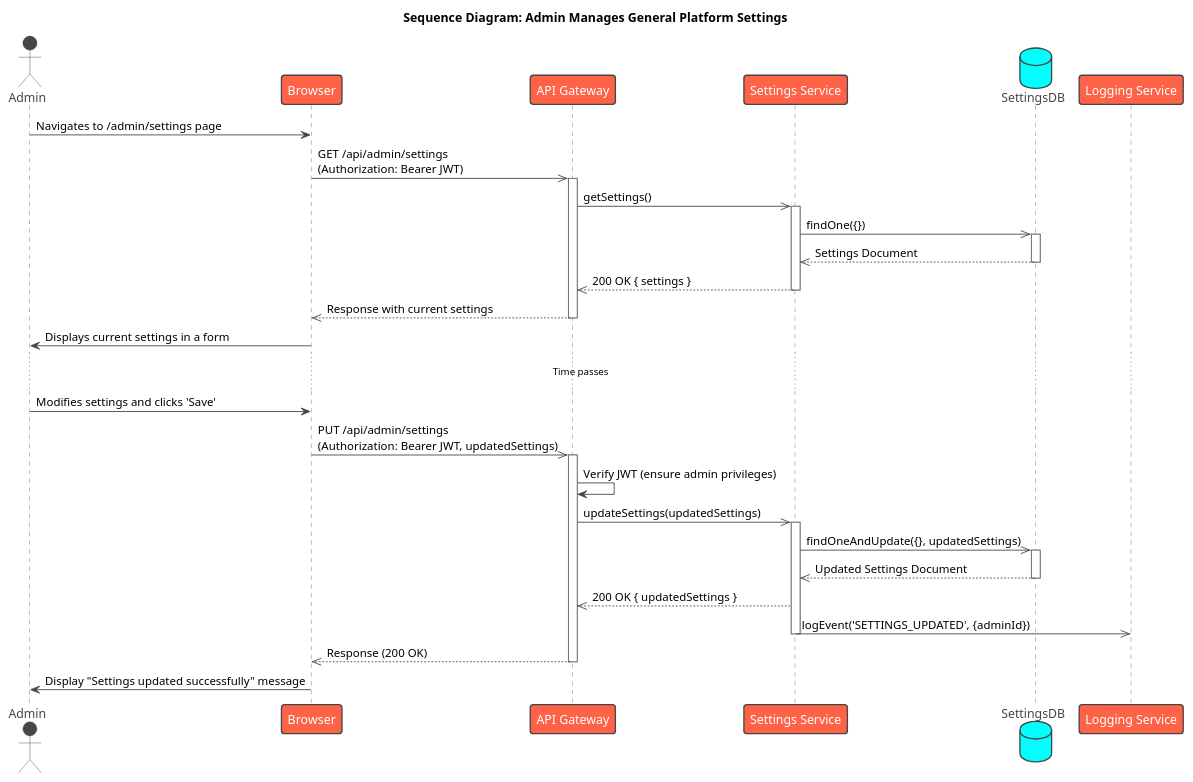
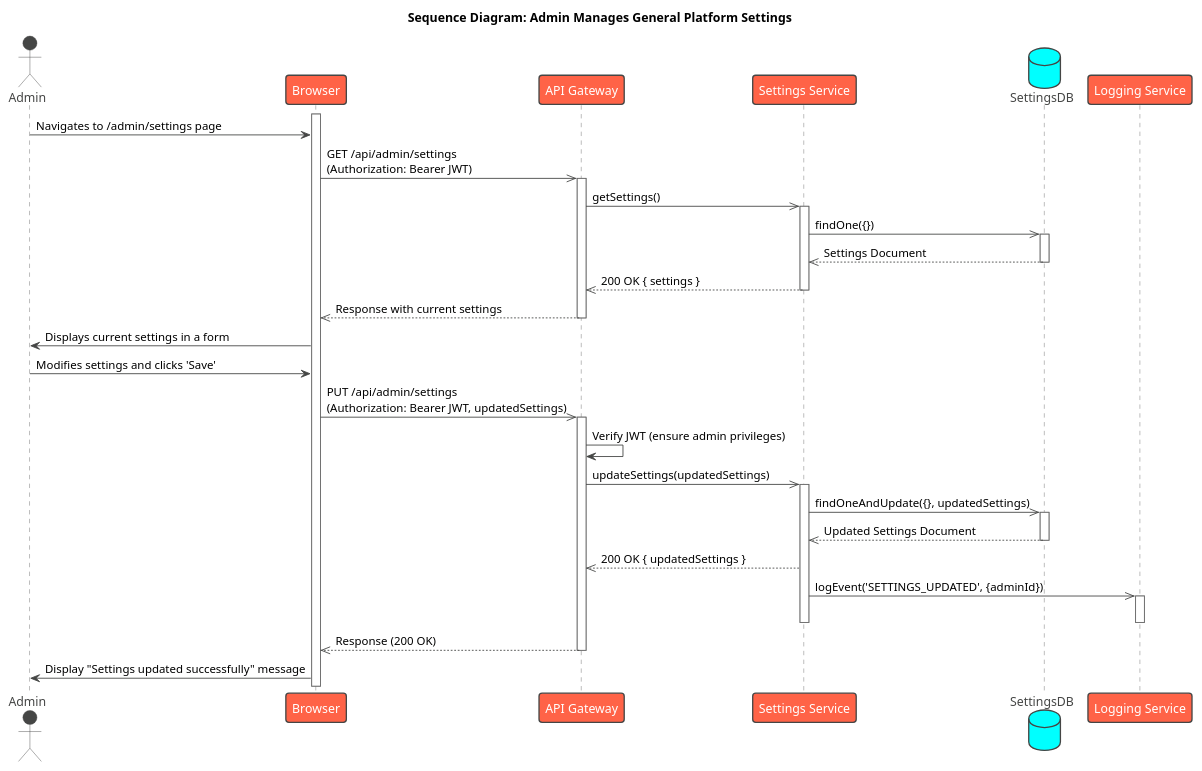
The diagram in UML/Sequences/Admin/AdminEditGeneralSettings.puml (Arado3333/PageByPage_Israel_Arad), drawn with PlantUML before and after one commit. The commit also changed 17 other files, not shown here.

Commit message:
updated diagrams

```diff
--- a/UML/Sequences/Admin/AdminEditGeneralSettings.puml
+++ b/UML/Sequences/Admin/AdminEditGeneralSettings.puml
@@ -1,51 +1,53 @@
 @startuml
 !theme vibrant
 
 title Sequence Diagram: Admin Manages General Platform Settings
 
 actor Admin
 participant Browser
 participant "API Gateway" as Gateway
 participant "Settings Service" as SettingsService
 database "SettingsDB"
 participant "Logging Service" as LoggingService
 
+activate Browser
 Admin -> Browser : Navigates to /admin/settings page
 Browser ->> Gateway : GET /api/admin/settings\n(Authorization: Bearer JWT)
 activate Gateway
 Gateway ->> SettingsService : getSettings()
 activate SettingsService
 SettingsService ->> SettingsDB : findOne({})
 activate SettingsDB
 SettingsDB -->> SettingsService : Settings Document
 deactivate SettingsDB
 SettingsService -->> Gateway : 200 OK { settings }
 deactivate SettingsService
 Gateway -->> Browser : Response with current settings
 deactivate Gateway
 Browser -> Admin : Displays current settings in a form
 
-... Time passes ...
 
 Admin -> Browser : Modifies settings and clicks 'Save'
 Browser ->> Gateway : PUT /api/admin/settings\n(Authorization: Bearer JWT, updatedSettings)
 activate Gateway
 Gateway -> Gateway : Verify JWT (ensure admin privileges)
 Gateway ->> SettingsService : updateSettings(updatedSettings)
 activate SettingsService
 
 SettingsService ->> SettingsDB : findOneAndUpdate({}, updatedSettings)
 activate SettingsDB
 SettingsDB -->> SettingsService : Updated Settings Document
 deactivate SettingsDB
 
 SettingsService -->> Gateway : 200 OK { updatedSettings }
 ' Asynchronous Logging
 SettingsService ->> LoggingService : logEvent('SETTINGS_UPDATED', {adminId})
+activate LoggingService
+deactivate LoggingService
 deactivate SettingsService
 
 Gateway -->> Browser : Response (200 OK)
 deactivate Gateway
 Browser -> Admin : Display "Settings updated successfully" message
 
 @enduml
```
